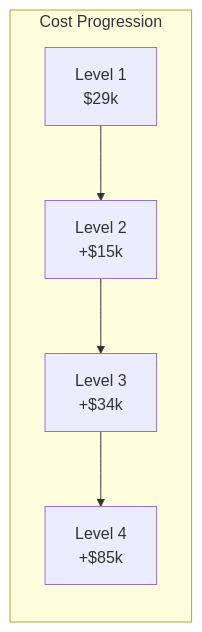
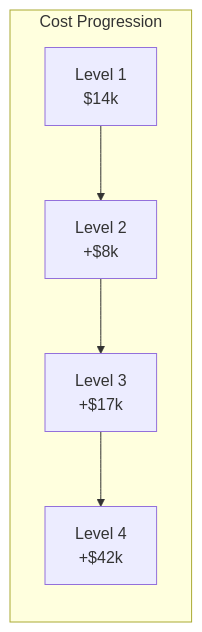
One commit to jnarwell/drip changed the diagram in docs/system/levels.md. Above: the diagram before and after it, drawn with Mermaid. The commit also changed other lines of this file and 3 other files, not shown here.

````diff
--- a/docs/system/levels.md
+++ b/docs/system/levels.md
@@ -128,8 +128,8 @@
 ```mermaid
 graph LR
     subgraph "Cost Progression"
-        L1[Level 1<br/>$29k] --> L2[Level 2<br/>+$15k]
-        L2 --> L3[Level 3<br/>+$34k]
-        L3 --> L4[Level 4<br/>+$85k]
+        L1[Level 1<br/>$14k] --> L2[Level 2<br/>+$8k]
+        L2 --> L3[Level 3<br/>+$17k]
+        L3 --> L4[Level 4<br/>+$42k]
     end
 ```
````
